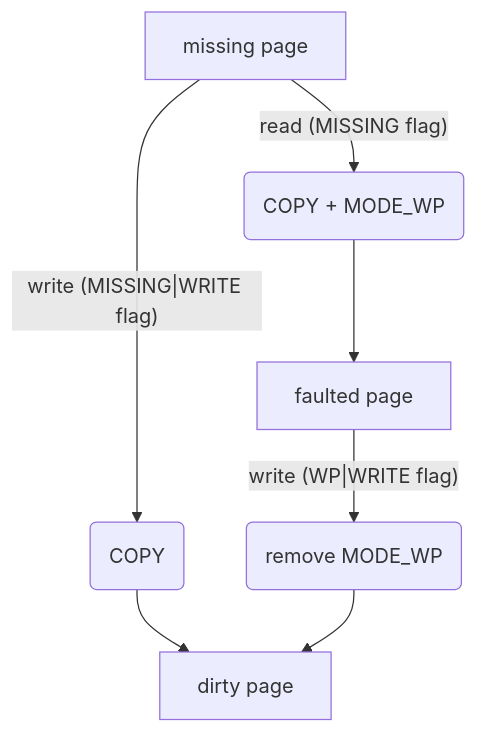
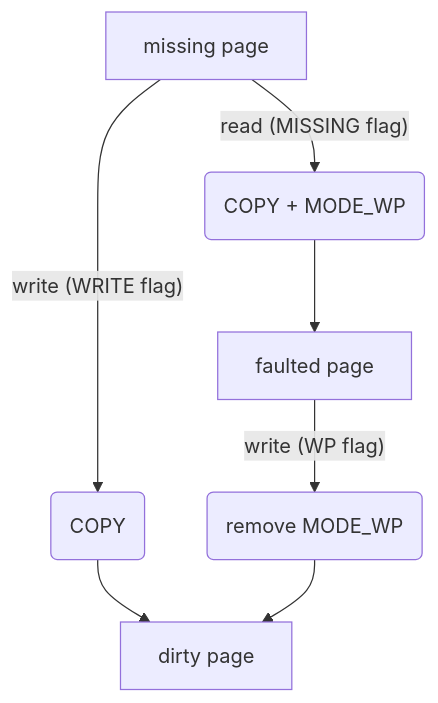
One commit to e2b-dev/infra changed the diagram in packages/orchestrator/internal/sandbox/uffd/userfaultfd/diagram.mermaid. Above: the diagram before and after it, drawn with Mermaid.

Commit message:
Fix diagram flags

```diff
--- a/packages/orchestrator/internal/sandbox/uffd/userfaultfd/diagram.mermaid
+++ b/packages/orchestrator/internal/sandbox/uffd/userfaultfd/diagram.mermaid
@@ -1,4 +1,4 @@
 flowchart TD
-A[missing page] -- write (MISSING|WRITE flag) --> B(COPY) --> C[dirty page]
+A[missing page] -- write (WRITE flag) --> B(COPY) --> C[dirty page]
 A -- read (MISSING flag) --> D(COPY + MODE_WP) --> E[faulted page]
-E -- write (WP|WRITE flag) --> F(remove MODE_WP) --> C
+E -- write (WP flag) --> F(remove MODE_WP) --> C
```
